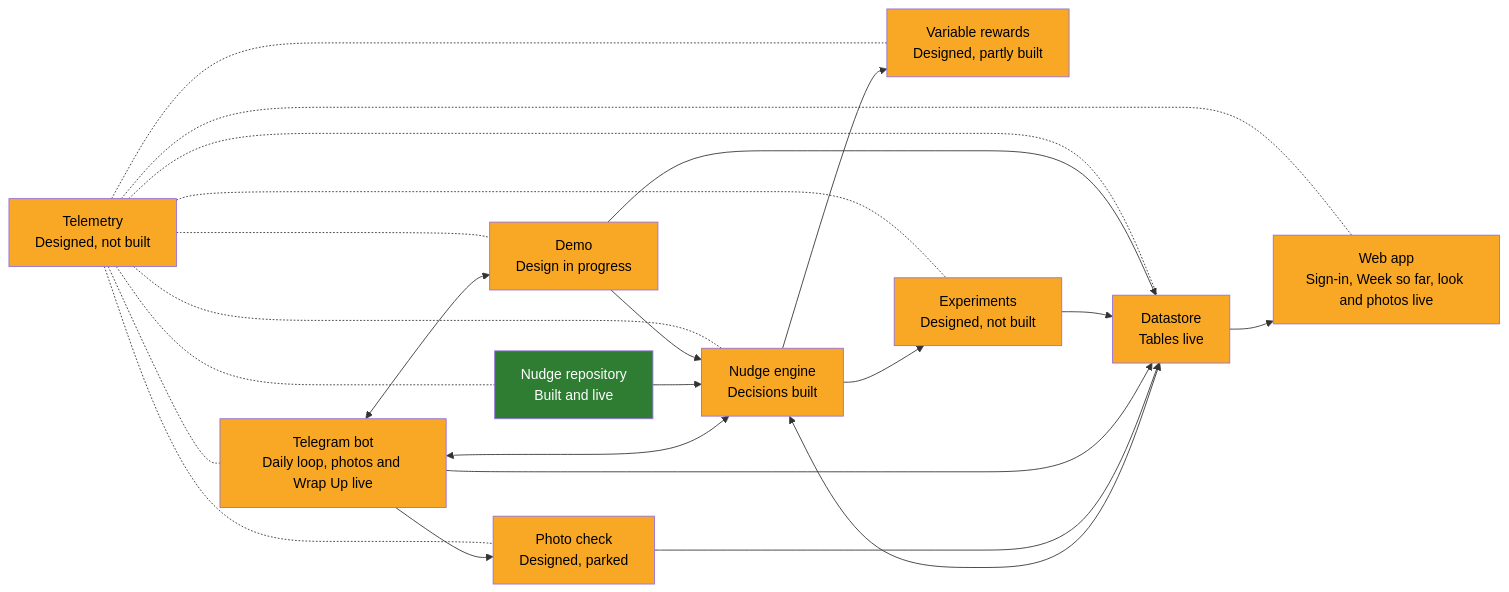
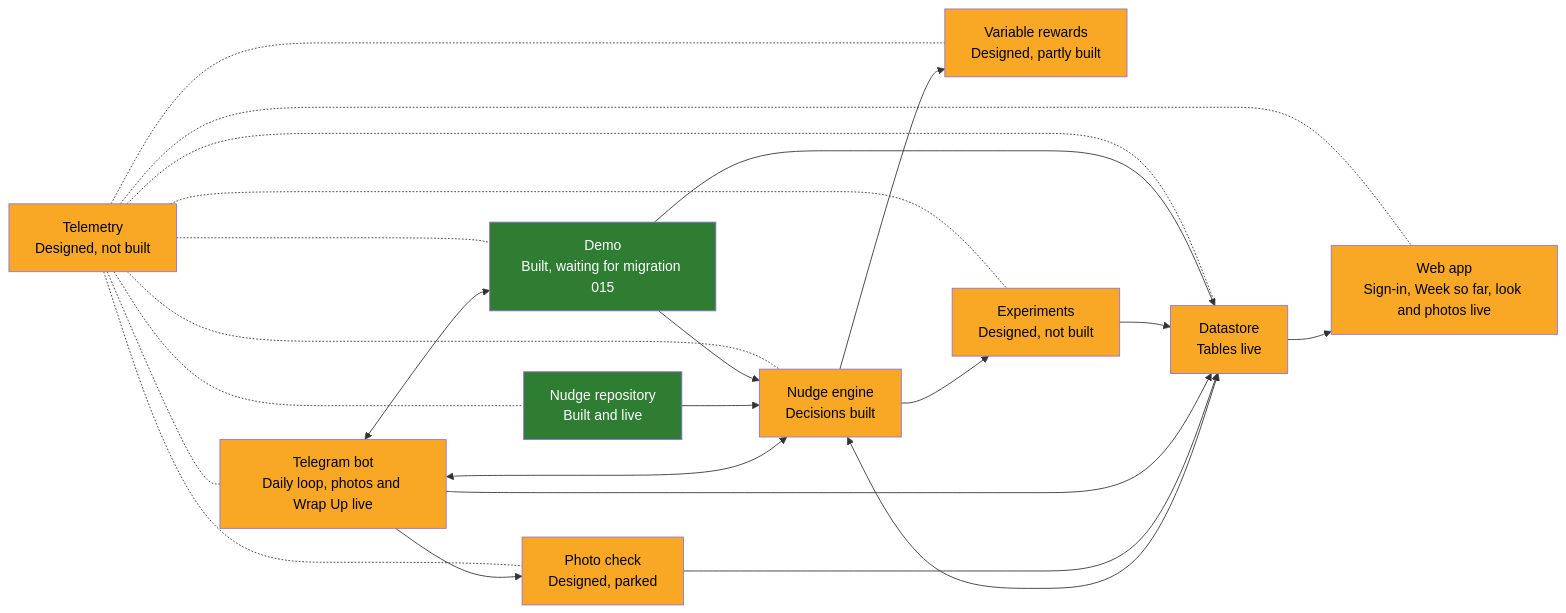
Before and after one commit to WeiLieh/FamilyHabitBuilder: the diagram in docs/ARCHITECTURE.md, drawn with Mermaid. The commit also changed other lines of this file and 19 other files, not shown here.

First line of the commit message:
Demo module: /demo, /next, /demo stop (rules 12.1 to 12.7, migration 015)

````diff
--- a/docs/ARCHITECTURE.md
+++ b/docs/ARCHITECTURE.md
@@ -5,40 +5,40 @@
 ```mermaid
 flowchart LR
     telegram["Telegram bot<br/>Daily loop, photos and Wrap Up live"]:::part
     engine["Nudge engine<br/>Decisions built"]:::part
     repository["Nudge repository<br/>Built and live"]:::done
     photo["Photo check<br/>Designed, parked"]:::part
     rewards["Variable rewards<br/>Designed, partly built"]:::part
     datastore["Datastore<br/>Tables live"]:::part
     webapp["Web app<br/>Sign-in, Week so far, look and photos live"]:::part
     telemetry["Telemetry<br/>Designed, not built"]:::part
     experiments["Experiments<br/>Designed, not built"]:::part
-    demo["Demo<br/>Design in progress"]:::part
+    demo["Demo<br/>Built, waiting for migration 015"]:::done
 
     telegram <--> engine
     repository --> engine
     engine --> rewards
     engine <--> datastore
     telegram --> photo
     photo --> datastore
     telegram --> datastore
     datastore --> webapp
     engine --> experiments
     experiments --> datastore
     telegram <--> demo
     demo --> engine
     demo --> datastore
     telemetry -.- telegram
     telemetry -.- engine
     telemetry -.- repository
     telemetry -.- photo
     telemetry -.- rewards
     telemetry -.- datastore
     telemetry -.- webapp
     telemetry -.- experiments
     telemetry -.- demo
 
     classDef done fill:#2e7d32,color:#ffffff
     classDef part fill:#f9a825,color:#000000
     classDef todo fill:#9e9e9e,color:#000000
 ```
````
